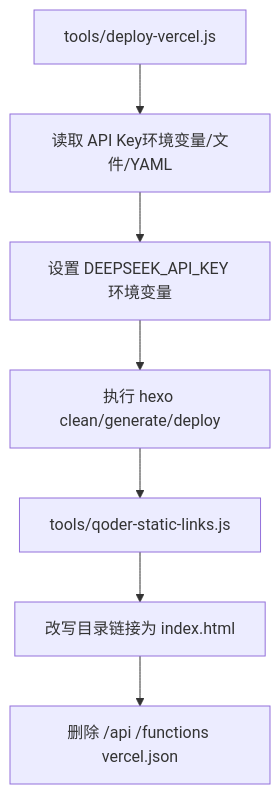
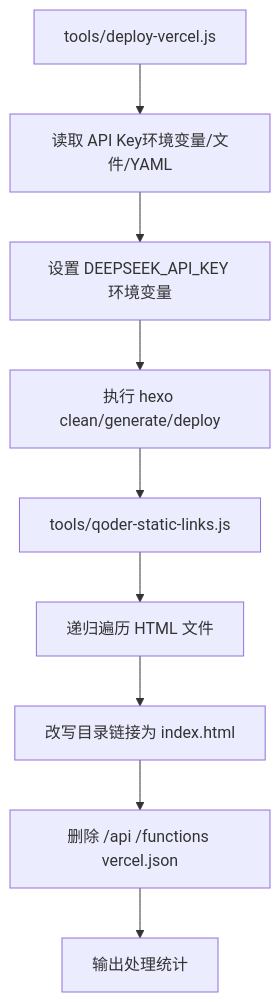
Before and after one commit to N1280851853/my_blog: diagram 11 of 14 in .qoder/repowiki/zh/content/开发工具与脚本/开发工具与脚本.md, drawn with Mermaid. The commit also changed other lines of this file and 8 other files, not shown here.

````diff
--- a/.qoder/repowiki/zh/content/开发工具与脚本/开发工具与脚本.md
+++ b/.qoder/repowiki/zh/content/开发工具与脚本/开发工具与脚本.md
@@ -266,9 +314,11 @@
 ```mermaid
 flowchart TD
 A["tools/deploy-vercel.js"] --> B["读取 API Key环境变量/文件/YAML"]
 B --> C["设置 DEEPSEEK_API_KEY 环境变量"]
 C --> D["执行 hexo clean/generate/deploy"]
 D --> E["tools/qoder-static-links.js"]
-E --> F["改写目录链接为 index.html"]
-F --> G["删除 /api /functions vercel.json"]
+E --> F["递归遍历 HTML 文件"]
+F --> G["改写目录链接为 index.html"]
+G --> H["删除 /api /functions vercel.json"]
+H --> I["输出处理统计"]
 ```
````
